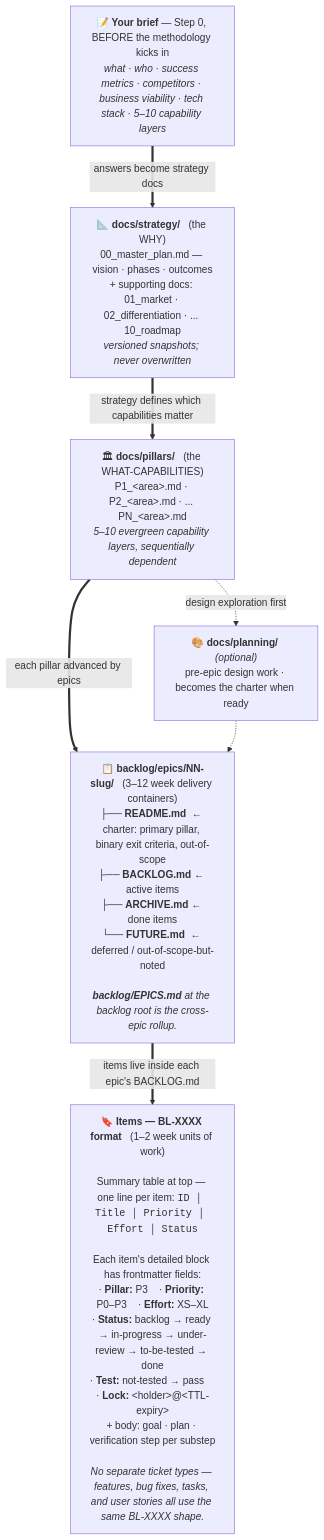
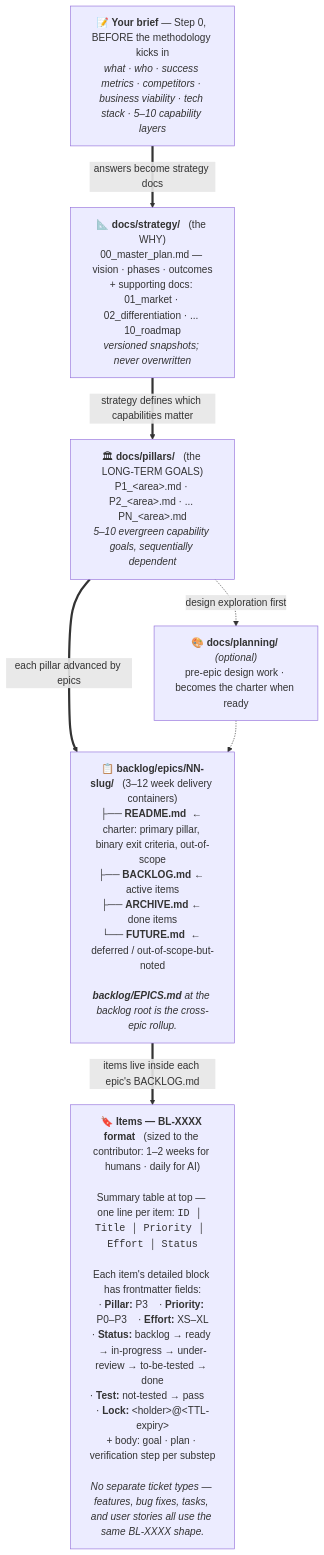
Before and after one commit to Korner83/ai-development-methodology: the second of 2 diagrams in README.md, drawn with Mermaid. The commit also changed other lines of this file and 1 other file, not shown here.

First paragraph of the commit message:
release: v1.4.2 — diagram refinements (pillars as long-term goals + items sized by contributor)
Two small label refinements to the README diagrams from v1.4.1,
based on maintainer feedback.

````diff
--- a/README.md
+++ b/README.md
@@ -129,23 +129,23 @@
 ```mermaid
 flowchart TB
     BRIEF["📝 <b>Your brief</b> — Step 0, BEFORE the methodology kicks in<br/><i>what · who · success metrics · competitors · business viability · tech stack · 5–10 capability layers</i>"]
 
     BRIEF ==>|"answers become strategy docs"| STRAT
 
     STRAT["📐 <b>docs/strategy/</b> &nbsp; (the WHY)<br/>00_master_plan.md — vision · phases · outcomes<br/>+ supporting docs: 01_market · 02_differentiation · ... 10_roadmap<br/><i>versioned snapshots; never overwritten</i>"]
 
     STRAT ==>|"strategy defines which capabilities matter"| PIL
 
-    PIL["🏛 <b>docs/pillars/</b> &nbsp; (the WHAT-CAPABILITIES)<br/>P1_&lt;area&gt;.md · P2_&lt;area&gt;.md · ... PN_&lt;area&gt;.md<br/><i>5–10 evergreen capability layers, sequentially dependent</i>"]
+    PIL["🏛 <b>docs/pillars/</b> &nbsp; (the LONG-TERM GOALS)<br/>P1_&lt;area&gt;.md · P2_&lt;area&gt;.md · ... PN_&lt;area&gt;.md<br/><i>5–10 evergreen capability goals, sequentially dependent</i>"]
 
     PIL ==>|"each pillar advanced by epics"| EPICS
     PIL -.->|"design exploration first"| PLAN
     PLAN["🎨 <b>docs/planning/</b> <i>(optional)</i><br/>pre-epic design work · becomes the charter when ready"]
     PLAN -.-> EPICS
 
     EPICS["📋 <b>backlog/epics/NN-slug/</b> &nbsp; (3–12 week delivery containers)<br/>├── <b>README.md</b> &nbsp;← charter: primary pillar, binary exit criteria, out-of-scope<br/>├── <b>BACKLOG.md</b> ← active items<br/>├── <b>ARCHIVE.md</b> ← done items<br/>└── <b>FUTURE.md</b> &nbsp;← deferred / out-of-scope-but-noted<br/><br/><i><b>backlog/EPICS.md</b> at the backlog root is the cross-epic rollup.</i>"]
 
     EPICS ==>|"items live inside each epic's BACKLOG.md"| ITEMS
 
-    ITEMS["🔖 <b>Items — BL-XXXX format</b> &nbsp; (1–2 week units of work)<br/><br/>Summary table at top — one line per item: <code>ID │ Title │ Priority │ Effort │ Status</code><br/><br/>Each item's detailed block has frontmatter fields:<br/>· <b>Pillar:</b> P3 &nbsp;&nbsp; · <b>Priority:</b> P0–P3 &nbsp;&nbsp; · <b>Effort:</b> XS–XL<br/>· <b>Status:</b> backlog → ready → in-progress → under-review → to-be-tested → done<br/>· <b>Test:</b> not-tested → pass &nbsp;&nbsp; · <b>Lock:</b> &lt;holder&gt;@&lt;TTL-expiry&gt;<br/>+ body: goal · plan · verification step per substep<br/><br/><i>No separate ticket types — features, bug fixes, tasks, and user stories all use the same BL-XXXX shape.</i>"]
+    ITEMS["🔖 <b>Items — BL-XXXX format</b> &nbsp; (sized to the contributor: 1–2 weeks for humans · daily for AI)<br/><br/>Summary table at top — one line per item: <code>ID │ Title │ Priority │ Effort │ Status</code><br/><br/>Each item's detailed block has frontmatter fields:<br/>· <b>Pillar:</b> P3 &nbsp;&nbsp; · <b>Priority:</b> P0–P3 &nbsp;&nbsp; · <b>Effort:</b> XS–XL<br/>· <b>Status:</b> backlog → ready → in-progress → under-review → to-be-tested → done<br/>· <b>Test:</b> not-tested → pass &nbsp;&nbsp; · <b>Lock:</b> &lt;holder&gt;@&lt;TTL-expiry&gt;<br/>+ body: goal · plan · verification step per substep<br/><br/><i>No separate ticket types — features, bug fixes, tasks, and user stories all use the same BL-XXXX shape.</i>"]
 ```
````
